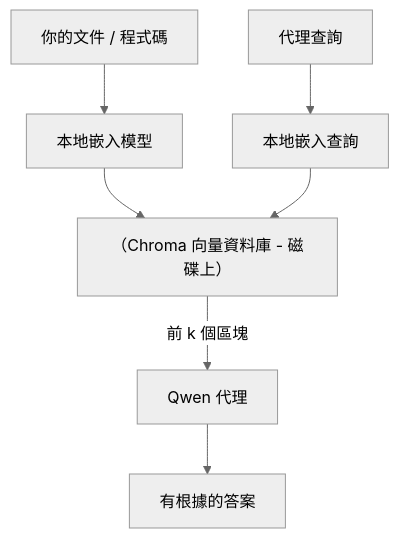
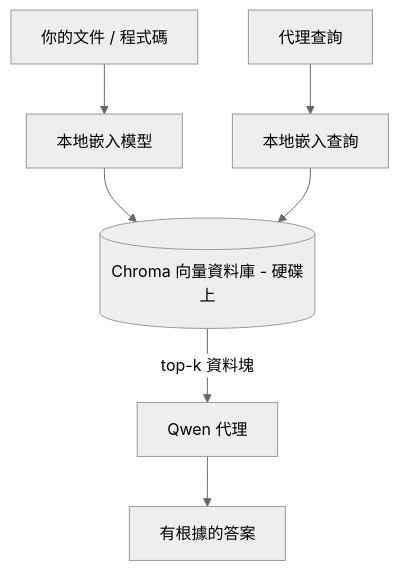
One commit to microsoft/ai-agents-for-beginners changed the third of 4 diagrams in translations/zh-MO/17-creating-local-ai-agents/README.md. Above: the diagram before and after it, drawn with Mermaid (neutral theme). The commit also changed other lines of this file and 44 other files, not shown here.

````diff
--- a/translations/zh-MO/17-creating-local-ai-agents/README.md
+++ b/translations/zh-MO/17-creating-local-ai-agents/README.md
@@ -125,9 +125,9 @@
 ```mermaid
 flowchart TB
     D[你的文件 / 程式碼] --> E[本地嵌入模型]
-    E --> V[（Chroma 向量資料庫 - 磁碟上）]
+    E --> V[(Chroma 向量資料庫 - 硬碟上)]
     Q[代理查詢] --> QE[本地嵌入查詢]
     QE --> V
-    V -->|前 k 個區塊| A[Qwen 代理]
+    V -->|top-k 資料塊| A[Qwen 代理]
     A --> Ans[有根據的答案]
 ```
````
